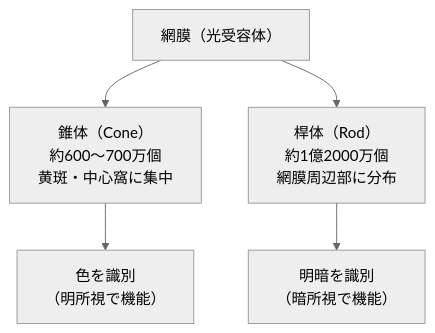
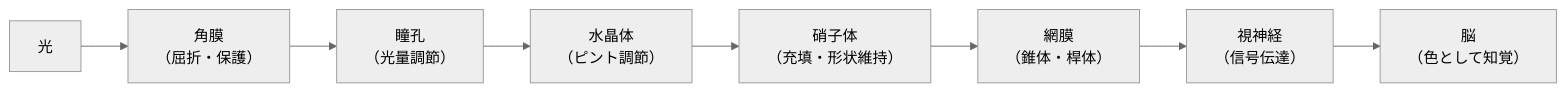
Before and after one commit to ozaki25/color-coordination-training-ozaki25: the first of 2 diagrams in docs/lessons/lesson06/index.md, drawn with Mermaid (neutral theme). The commit also changed other lines of this file and 39 other files, not shown here.

````diff
--- a/docs/lessons/lesson06/index.md
+++ b/docs/lessons/lesson06/index.md
@@ -79,8 +17,10 @@
 ```mermaid
-graph TD
-    網膜["網膜（光受容体）"]
-    網膜 --> 錐体["錐体（Cone）\n約600〜700万個\n黄斑・中心窩に集中"]
-    網膜 --> 桿体["桿体（Rod）\n約1億2000万個\n網膜周辺部に分布"]
-    錐体 --> 色覚["色を識別\n（明所視で機能）"]
-    桿体 --> 明暗["明暗を識別\n（暗所視で機能）"]
+flowchart LR
+    光["光"] --> 角膜["角膜\n（屈折・保護）"]
+    角膜 --> 瞳孔["瞳孔\n（光量調節）"]
+    瞳孔 --> 水晶体["水晶体\n（ピント調節）"]
+    水晶体 --> 硝子体["硝子体\n（充填・形状維持）"]
+    硝子体 --> 網膜["網膜\n（錐体・桿体）"]
+    網膜 --> 視神経["視神経\n（信号伝達）"]
+    視神経 --> 脳["脳\n（色として知覚）"]
 ```
````
